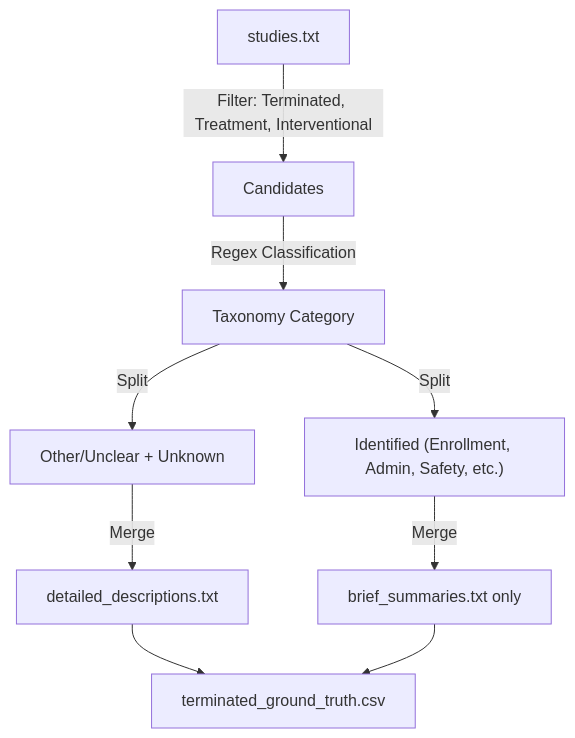
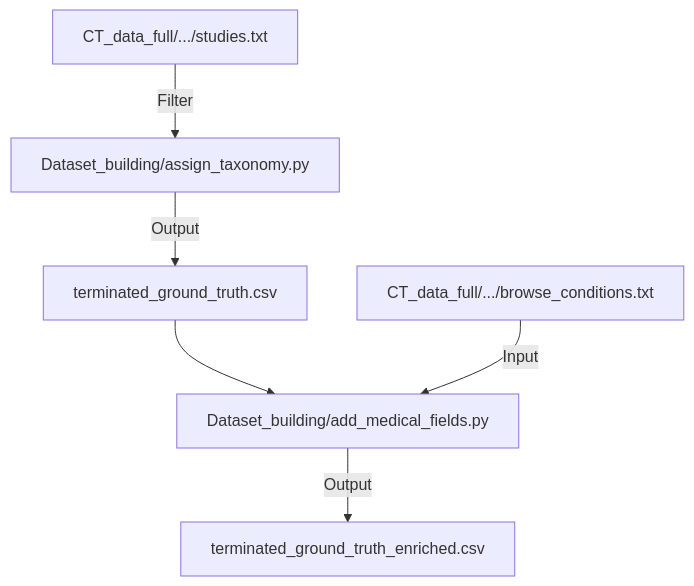
One commit to minhha0510/LLM-clinical-trials changed the first of 2 diagrams in codemaps/02-data-flows.md. Above: the diagram before and after it, drawn with Mermaid. The commit also changed other lines of this file and 31 other files, not shown here.

````diff
--- a/codemaps/02-data-flows.md
+++ b/codemaps/02-data-flows.md
@@ -6,11 +6,9 @@
 ```mermaid
 graph TD;
-    RawStudies["studies.txt"] -->|Filter: Terminated, Treatment, Interventional| Candidates;
-    Candidates -->|Regex Classification| Taxonomy["Taxonomy Category"];
-    Taxonomy -->|Split| Clean["Identified (Enrollment, Admin, Safety, etc.)"];
-    Taxonomy -->|Split| Unclear["Other/Unclear + Unknown"];
-    Unclear -->|Merge| Detail["detailed_descriptions.txt"];
-    Clean -->|Merge| Summary["brief_summaries.txt only"];
-    Detail --> FinalCSV["terminated_ground_truth.csv"];
-    Summary --> FinalCSV;
+    RawStudies["CT_data_full/.../studies.txt"] -->|Filter| TaxonScript["Dataset_building/assign_taxonomy.py"];
+    TaxonScript -->|Output| GT["terminated_ground_truth.csv"];
+    
+    GT --> EnrichScript["Dataset_building/add_medical_fields.py"];
+    Mesh["CT_data_full/.../browse_conditions.txt"] -->|Input| EnrichScript;
+    EnrichScript -->|Output| Enriched["terminated_ground_truth_enriched.csv"];
 ```
````
